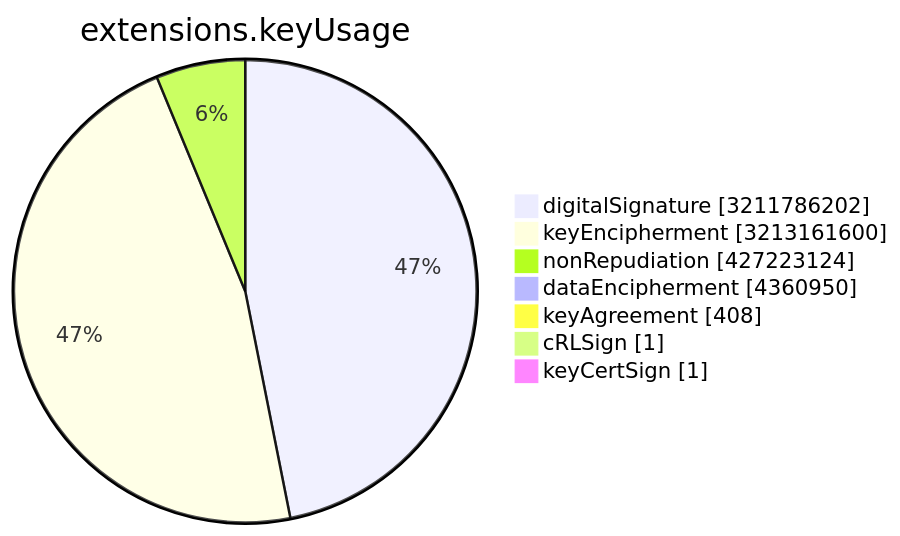
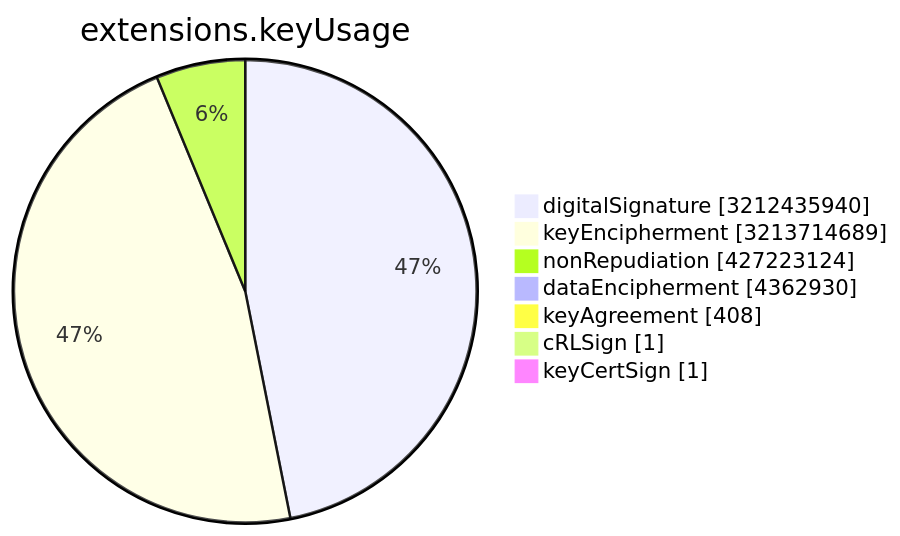
The sixth of 15 diagrams in TOTAL/README.md (christiankrug/ctmonitor_visualization), drawn with Mermaid before and after one commit. The commit also changed other lines of this file, not shown here.

````diff
--- a/TOTAL/README.md
+++ b/TOTAL/README.md
@@ -3077,11 +3077,11 @@
 ```mermaid
 pie showData
 title extensions.keyUsage
-"digitalSignature" :3211786202
-"keyEncipherment" :3213161600
+"digitalSignature" :3212435940
+"keyEncipherment" :3213714689
 "nonRepudiation" :427223124
-"dataEncipherment" :4360950
+"dataEncipherment" :4362930
 "keyAgreement" :408
 "cRLSign" :1
 "keyCertSign" :1
 ```
````
